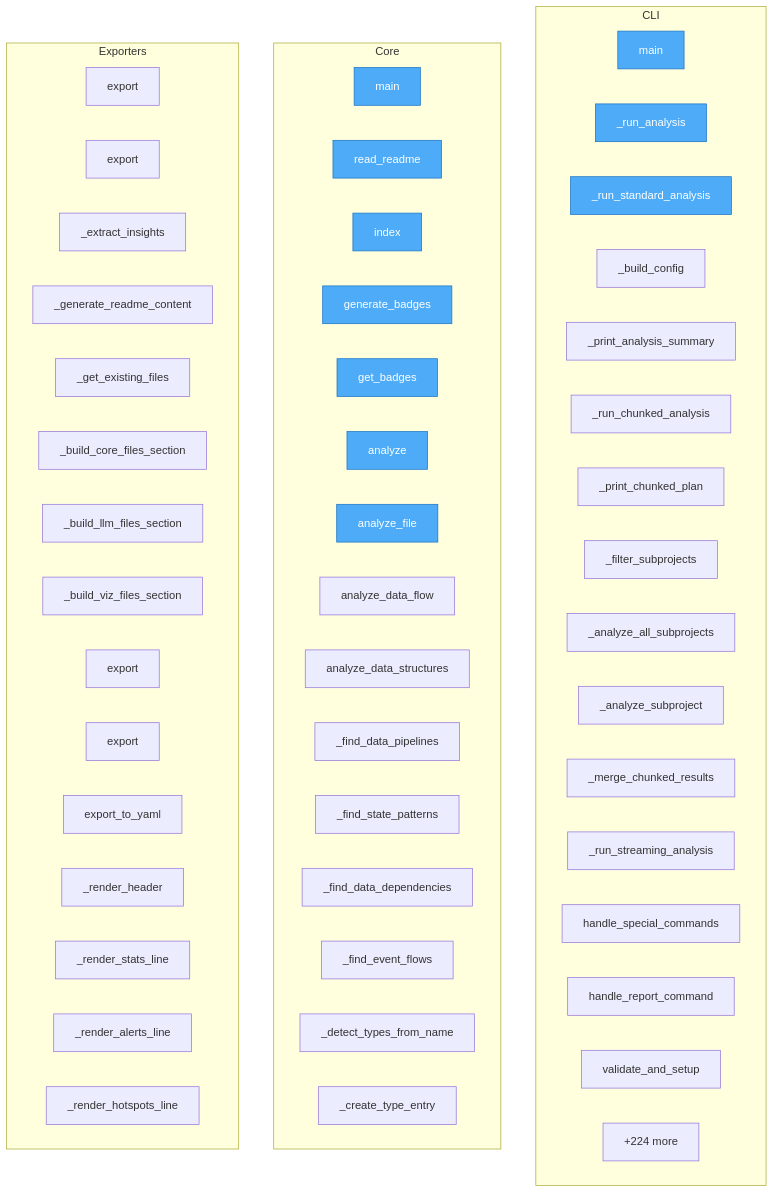
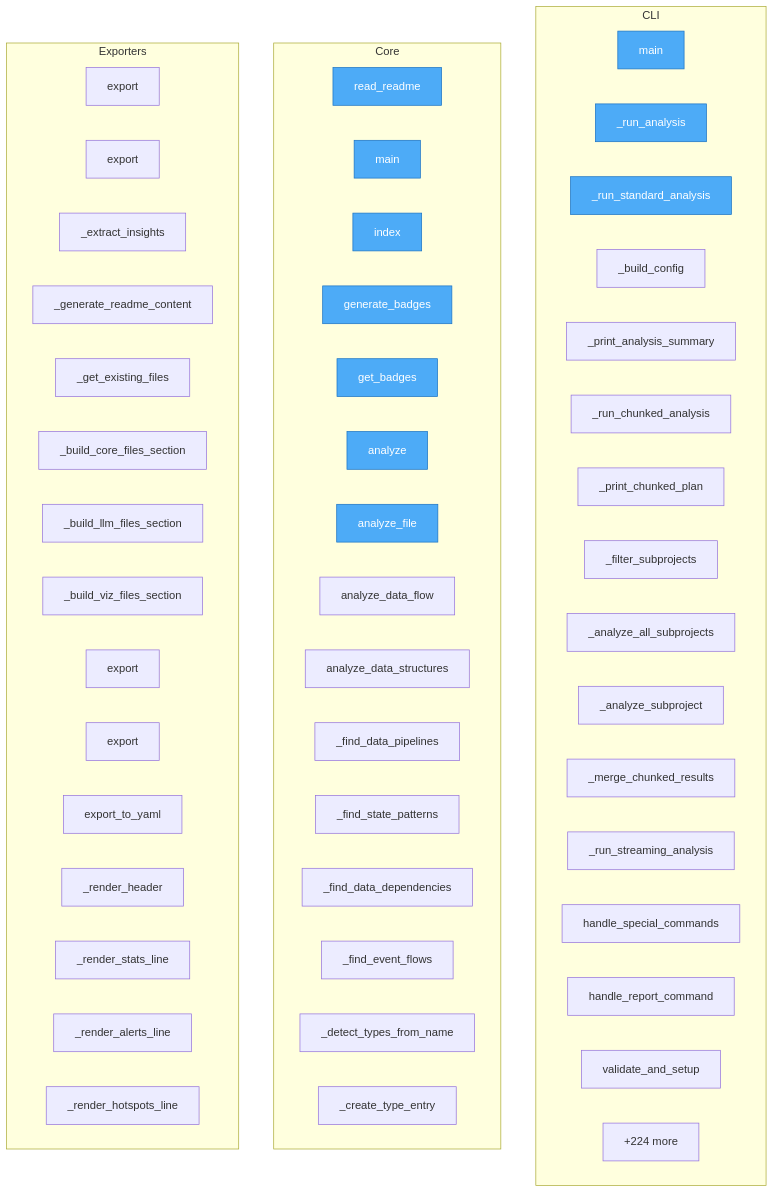
One commit to wronai/code2flow changed the diagram in project/flow.mmd. Above: the diagram before and after it, drawn with Mermaid. The commit also changed 15 other files, not shown here.

First line of the commit message:
refactor(docs): code analysis engine

```diff
--- a/project/flow.mmd
+++ b/project/flow.mmd
@@ -1,63 +1,63 @@
 flowchart TD
 
     %% Entry points (blue)
     classDef entry fill:#4dabf7,stroke:#1971c2,color:#fff
 
     subgraph CLI
         code2llm__cli__main["main"]
         code2llm__cli_analysis___run_analysis["_run_analysis"]
         code2llm__cli_analysis___run_standard_analysis["_run_standard_analysis"]
         code2llm__cli_analysis___build_config["_build_config"]
         code2llm__cli_analysis___print_analysis_summary["_print_analysis_summary"]
         code2llm__cli_analysis___run_chunked_analysis["_run_chunked_analysis"]
         code2llm__cli_analysis___print_chunked_plan["_print_chunked_plan"]
         code2llm__cli_analysis___filter_subprojects["_filter_subprojects"]
         code2llm__cli_analysis___analyze_all_subprojects["_analyze_all_subprojects"]
         code2llm__cli_analysis___analyze_subproject["_analyze_subproject"]
         code2llm__cli_analysis___merge_chunked_results["_merge_chunked_results"]
         code2llm__cli_analysis___run_streaming_analysis["_run_streaming_analysis"]
         code2llm__cli_commands__handle_special_commands["handle_special_commands"]
         code2llm__cli_commands__handle_report_command["handle_report_command"]
         code2llm__cli_commands__validate_and_setup["validate_and_setup"]
         ...["+40 more"]
     end
 
     subgraph Core
+        setup__read_readme["read_readme"]
         validate_toon__main["main"]
-        setup__read_readme["read_readme"]
         badges__server__index["index"]
         badges__server__generate_badges["generate_badges"]
         badges__server__get_badges["get_badges"]
         code2llm__api__analyze["analyze"]
         code2llm__api__analyze_file["analyze_file"]
         code2llm__DataAnalyzer__analyze_data_flow["analyze_data_flow"]
         code2llm__DataAnalyzer__analyze_data_structures["analyze_data_structures"]
         code2llm__DataAnalyzer___find_data_pipelines["_find_data_pipelines"]
         code2llm__DataAnalyzer___find_state_patterns["_find_state_patterns"]
         code2llm__DataAnalyzer___find_data_dependencies["_find_data_dependencies"]
         code2llm__DataAnalyzer___find_event_flows["_find_event_flows"]
         code2llm__DataAnalyzer___detect_types_from_name["_detect_types_from_name"]
         code2llm__DataAnalyzer___create_type_entry["_create_type_entry"]
         ...["+291 more"]
     end
 
     subgraph Exporters
         code2llm__exporters__base__Exporter__export["export"]
         code2llm__exporters__readme_exporter__READMEExporter__export["export"]
         code2llm__READMEExporter___extract_insights["_extract_insights"]
         code2llm__READMEExporter___generate_readme_content["_generate_readme_content"]
         code2llm__READMEExporter___get_existing_files["_get_existing_files"]
         code2llm__READMEExporter___build_core_files_section["_build_core_files_section"]
         code2llm__READMEExporter___build_llm_files_section["_build_llm_files_section"]
         code2llm__READMEExporter___build_viz_files_section["_build_viz_files_section"]
         code2llm__exporters__json_exporter__JSONExporter__export["export"]
         code2llm__exporters__map_exporter__MapExporter__export["export"]
         code2llm__MapExporter__export_to_yaml["export_to_yaml"]
         code2llm__MapExporter___render_header["_render_header"]
         code2llm__MapExporter___render_stats_line["_render_stats_line"]
         code2llm__MapExporter___render_alerts_line["_render_alerts_line"]
         code2llm__MapExporter___render_hotspots_line["_render_hotspots_line"]
         ...["+224 more"]
     end
 
-    class validate_toon__main,setup__read_readme,badges__server__index,badges__server__generate_badges,badges__server__get_badges,code2llm__cli__main,code2llm__api__analyze,code2llm__api__analyze_file,code2llm__cli_analysis___run_analysis,code2llm__cli_analysis___run_standard_analysis entry
+    class setup__read_readme,validate_toon__main,badges__server__index,badges__server__generate_badges,badges__server__get_badges,code2llm__cli__main,code2llm__api__analyze,code2llm__api__analyze_file,code2llm__cli_analysis___run_analysis,code2llm__cli_analysis___run_standard_analysis entry
```
